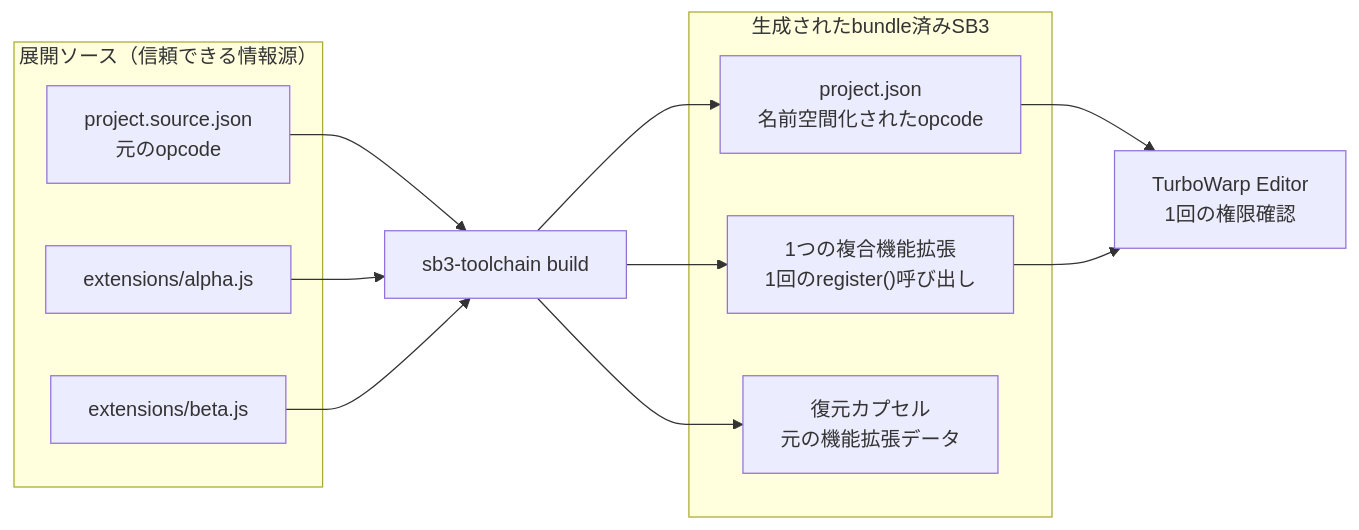
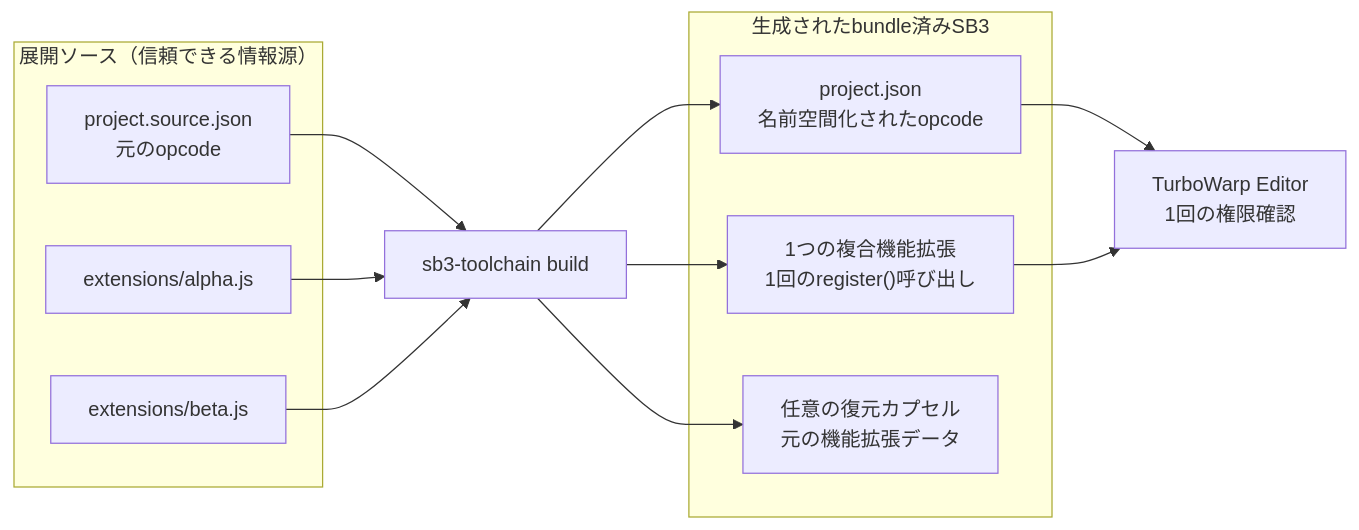
One commit to kubohiroya/sb3-toolchain changed the first of 6 diagrams in docs/ja/extension-bundles.md. Above: the diagram before and after it, drawn with Mermaid. The commit also changed other lines of this file and 11 other files, not shown here.

````diff
--- a/docs/ja/extension-bundles.md
+++ b/docs/ja/extension-bundles.md
@@ -11,27 +11,27 @@
 ```mermaid
 flowchart LR
   subgraph Source["展開ソース（信頼できる情報源）"]
     Project["project.source.json<br/>元のopcode"]
     Alpha["extensions/alpha.js"]
     Beta["extensions/beta.js"]
   end
 
   Build["sb3-toolchain build"]
 
   subgraph Output["生成されたbundle済みSB3"]
     BundledProject["project.json<br/>名前空間化されたopcode"]
     Composite["1つの複合機能拡張<br/>1回のregister()呼び出し"]
-    Capsule["復元カプセル<br/>元の機能拡張データ"]
+    Capsule["任意の復元カプセル<br/>元の機能拡張データ"]
   end
 
   TurboWarp["TurboWarp Editor<br/>1回の権限確認"]
 
   Project --> Build
   Alpha --> Build
   Beta --> Build
   Build --> BundledProject
   Build --> Composite
   Build --> Capsule
   BundledProject --> TurboWarp
   Composite --> TurboWarp
 ```
````
